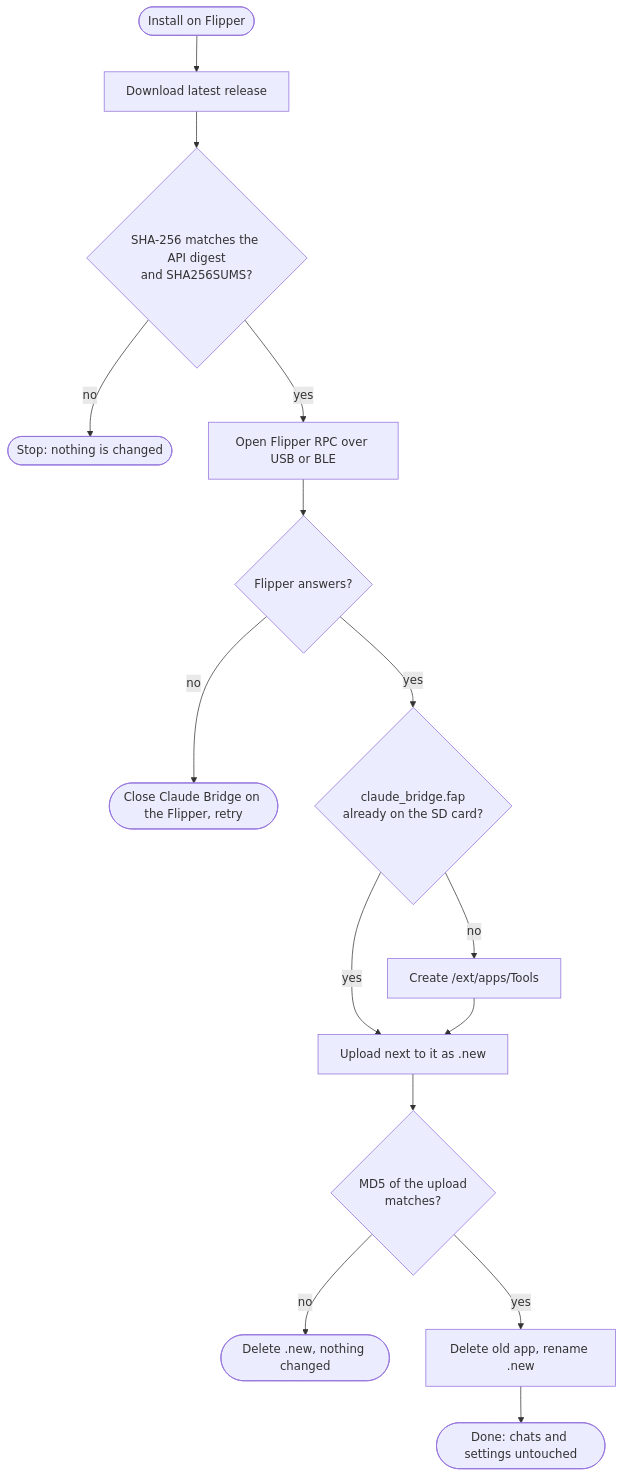
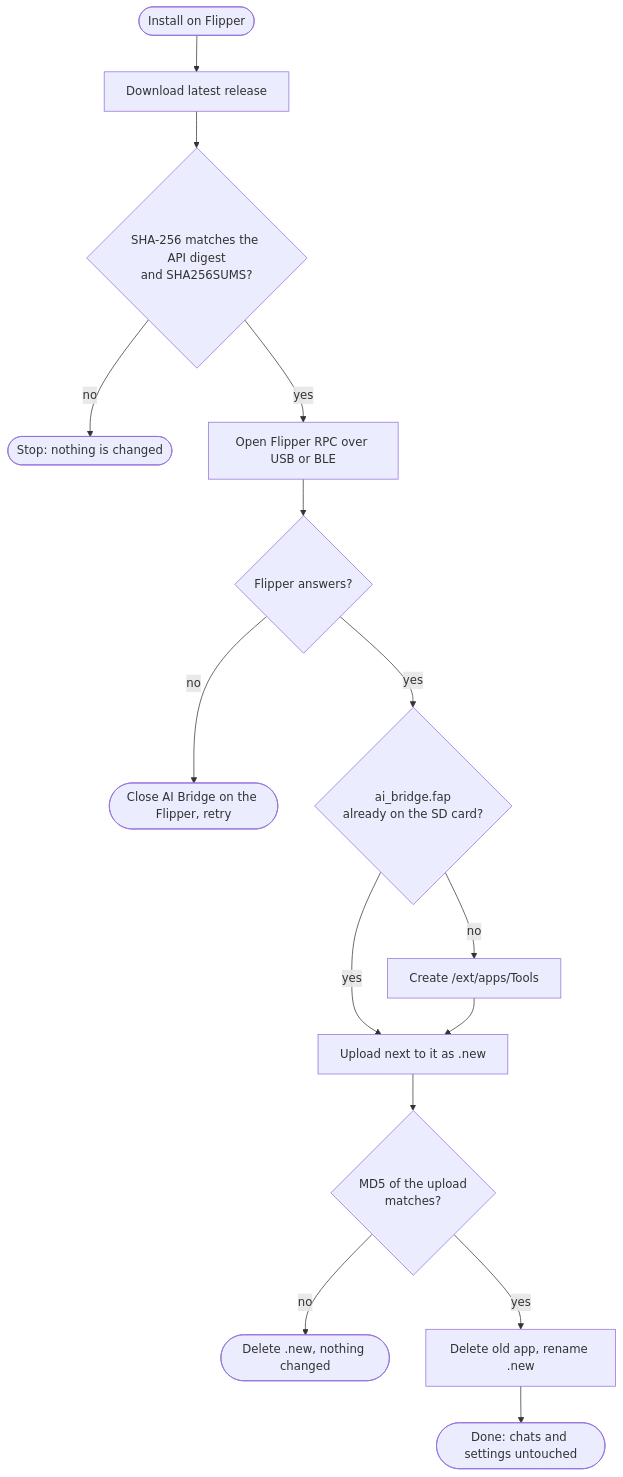
The fifth of 5 diagrams in README.md (Nahida4479/Flipper-AI-Bridge), drawn with Mermaid before and after one commit. The commit also changed other lines of this file and 28 other files, not shown here.

First line of the commit message:
Rename project to Flipper AI Bridge (app, package, files, release assets)

````diff
--- a/README.md
+++ b/README.md
@@ -78,16 +78,16 @@
 ```mermaid
 flowchart TD
     A([Install on Flipper]) --> B[Download latest release]
     B --> C{SHA-256 matches the API digest<br/>and SHA256SUMS?}
     C -- no --> X([Stop: nothing is changed])
     C -- yes --> D[Open Flipper RPC over USB or BLE]
     D --> E{Flipper answers?}
-    E -- no --> Y([Close Claude Bridge on the Flipper, retry])
-    E -- yes --> F{claude_bridge.fap<br/>already on the SD card?}
+    E -- no --> Y([Close AI Bridge on the Flipper, retry])
+    E -- yes --> F{ai_bridge.fap<br/>already on the SD card?}
     F -- yes --> G[Upload next to it as .new]
     F -- no --> H[Create /ext/apps/Tools] --> G
     G --> I{MD5 of the upload<br/>matches?}
     I -- no --> Z([Delete .new, nothing changed])
     I -- yes --> J[Delete old app, rename .new]
     J --> K([Done: chats and settings untouched])
 ```
````
